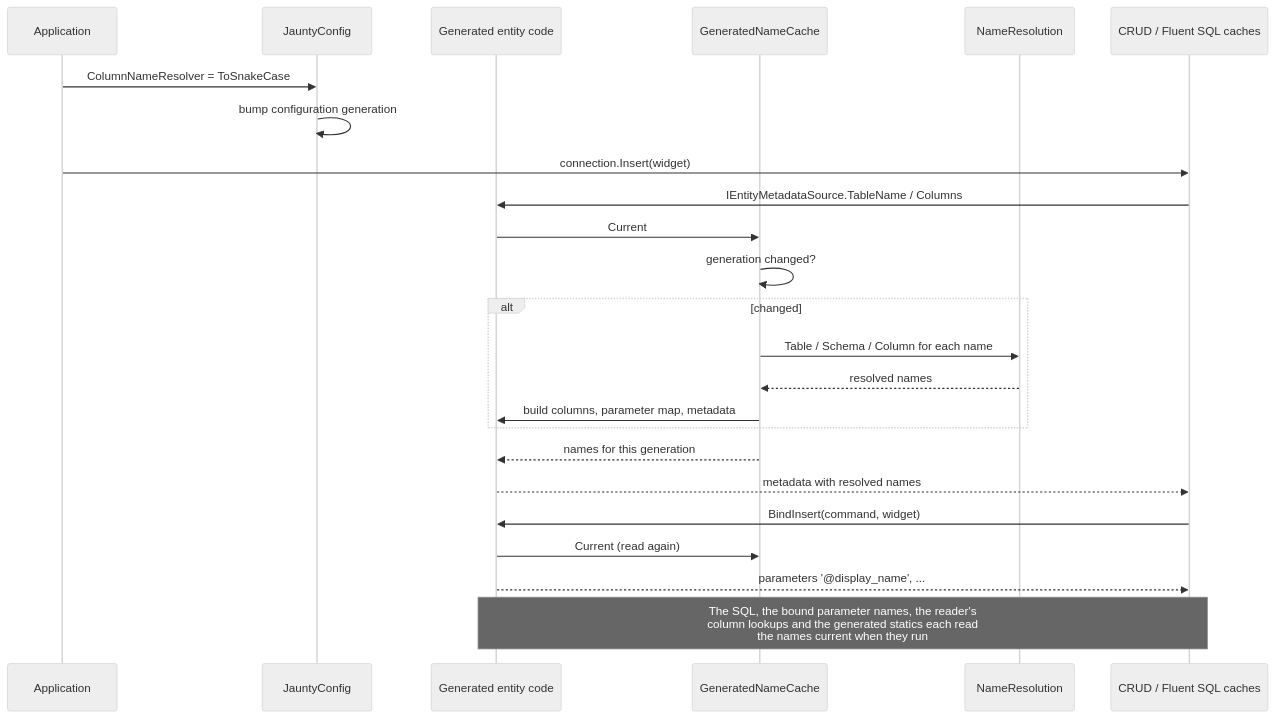
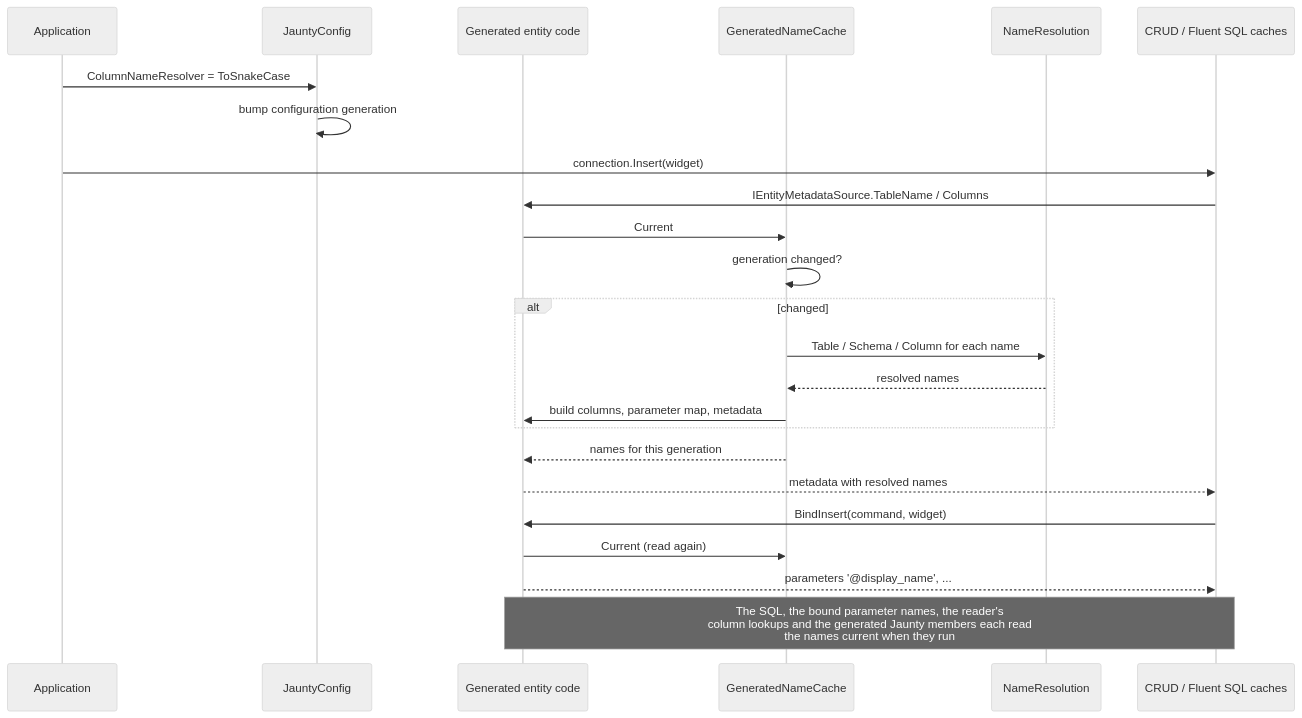
One commit to extrode/jaunty changed the seventh of 16 diagrams in docs/02-architecture/metadata-system-spec.md. Above: the diagram before and after it, drawn with Mermaid (neutral theme). The commit also changed 2 other files, not shown here.

Commit message:
docs: describe the nested Jaunty class and the names it still reserves

````diff
--- a/docs/02-architecture/metadata-system-spec.md
+++ b/docs/02-architecture/metadata-system-spec.md
@@ -255,27 +255,27 @@
 ```mermaid
 sequenceDiagram
     participant App as Application
     participant Cfg as JauntyConfig
     participant Gen as Generated entity code
     participant Cache as GeneratedNameCache
     participant NR as NameResolution
     participant Core as CRUD / Fluent SQL caches
 
     App->>Cfg: ColumnNameResolver = ToSnakeCase
     Cfg->>Cfg: bump configuration generation
     App->>Core: connection.Insert(widget)
     Core->>Gen: IEntityMetadataSource.TableName / Columns
     Gen->>Cache: Current
     Cache->>Cache: generation changed?
     alt changed
         Cache->>NR: Table / Schema / Column for each name
         NR-->>Cache: resolved names
         Cache->>Gen: build columns, parameter map, metadata
     end
     Cache-->>Gen: names for this generation
     Gen-->>Core: metadata with resolved names
     Core->>Gen: BindInsert(command, widget)
     Gen->>Cache: Current (read again)
     Gen-->>Core: parameters '@display_name', ...
-    Note over Core,Gen: The SQL, the bound parameter names, the reader's<br/>column lookups and the generated statics each read<br/>the names current when they run
+    Note over Core,Gen: The SQL, the bound parameter names, the reader's<br/>column lookups and the generated Jaunty members each read<br/>the names current when they run
 ```
````
